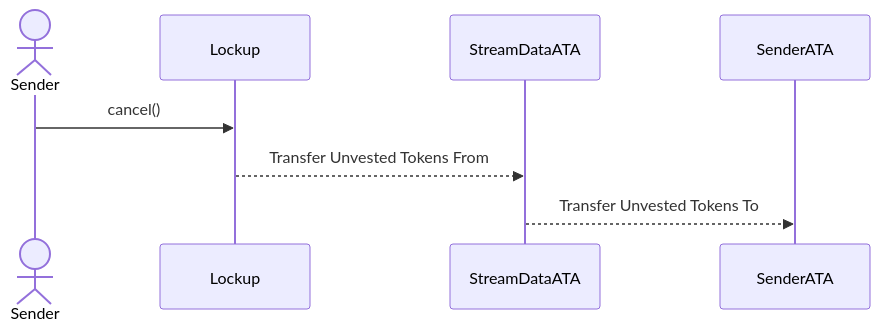
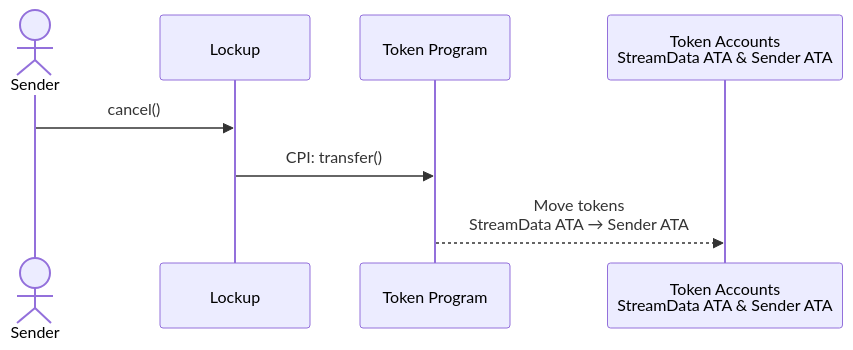
Before and after one commit to sablier-labs/docs: the ninth of 10 diagrams in docs/solana/accounts-architecture/01-lockup.md, drawn with Mermaid. The commit also changed other lines of this file and 1 other file, not shown here.

Commit message:
improve token diagrams

````diff
--- a/docs/solana/accounts-architecture/01-lockup.md
+++ b/docs/solana/accounts-architecture/01-lockup.md
@@ -146,8 +149,11 @@
 ```mermaid
 sequenceDiagram
     actor Sender
+    participant Lockup
+    participant TokenProgram as Token Program
+    participant Accounts as Token Accounts<br/> StreamData ATA & Sender ATA
 
     Sender->>Lockup: cancel()
-    Lockup -->> StreamDataATA: Transfer Unvested Tokens From
-    StreamDataATA -->> SenderATA: Transfer Unvested Tokens To
+    Lockup->>TokenProgram: CPI: transfer()
+    TokenProgram-->>Accounts: Move tokens<br/> StreamData ATA → Sender ATA
 ```
````
